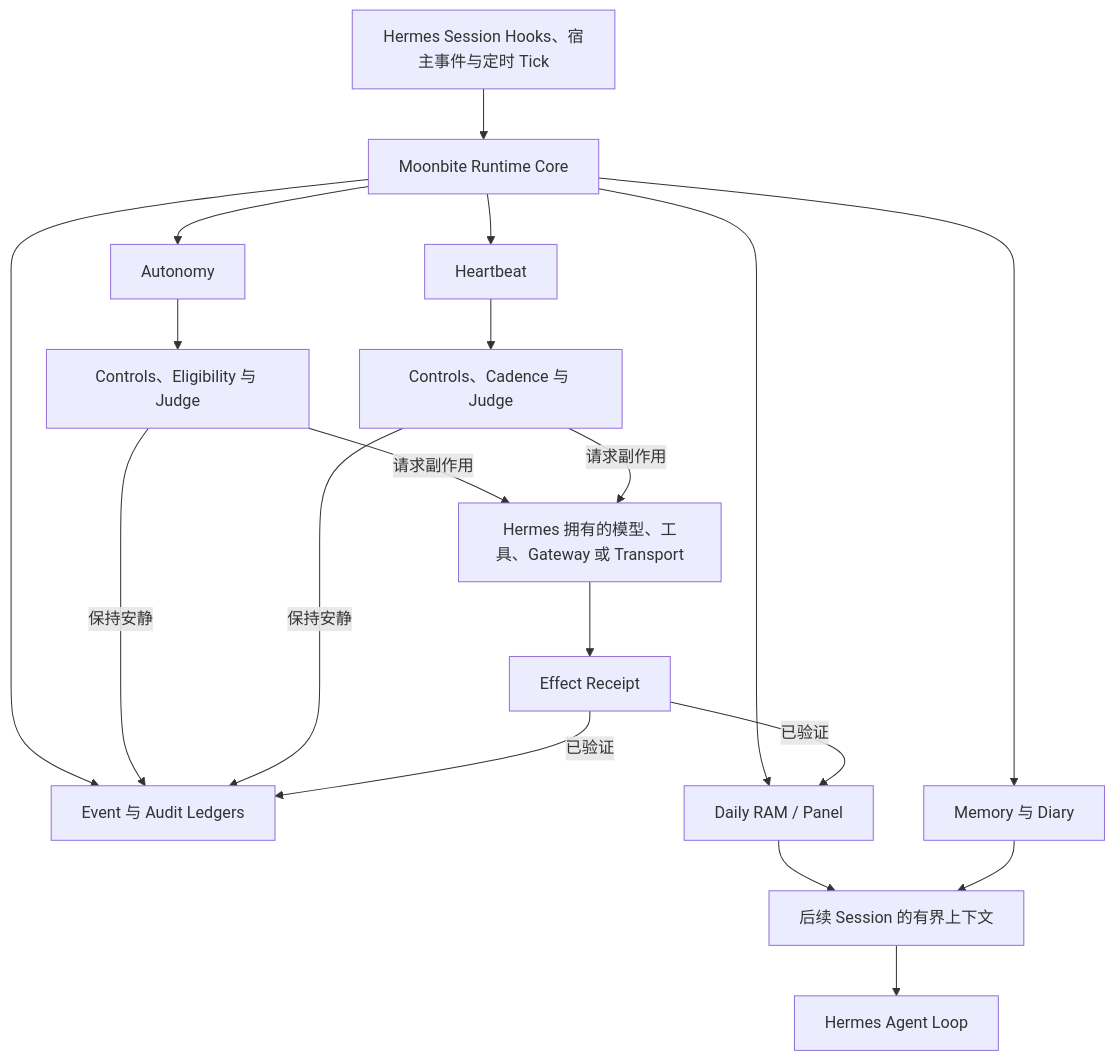
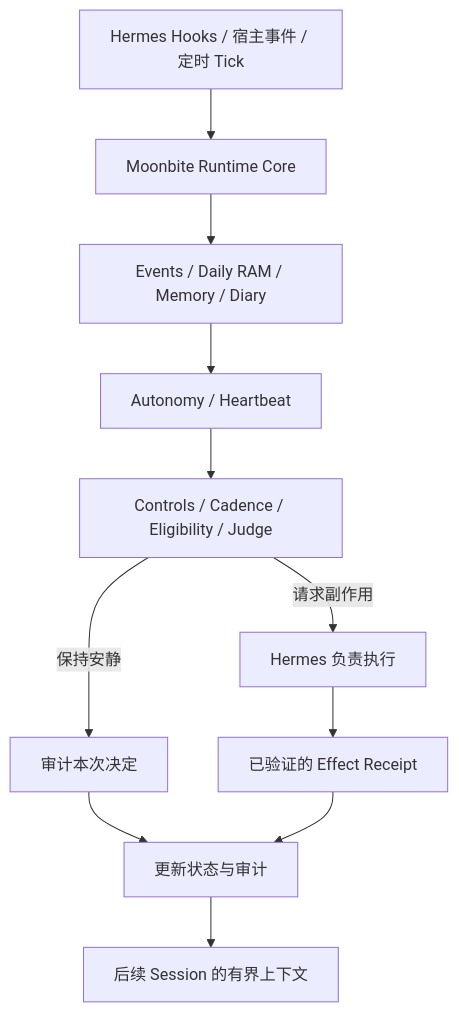
The diagram in README.zh-CN.md (beniedev/moonbite), drawn with Mermaid before and after one commit. The commit also changed other lines of this file and 1 other file, not shown here.

Commit message:
docs: simplify preview positioning and flow

````diff
--- a/README.zh-CN.md
+++ b/README.zh-CN.md
@@ -54,27 +54,13 @@
 ```mermaid
 flowchart TD
-    A[Hermes Session Hooks、宿主事件与定时 Tick] --> B[Moonbite Runtime Core]
-
-    B --> C[Event 与 Audit Ledgers]
-    B --> D[Daily RAM / Panel]
-    B --> E[Memory 与 Diary]
-    B --> F[Autonomy]
-    B --> G[Heartbeat]
-
-    F --> H[Controls、Eligibility 与 Judge]
-    G --> I[Controls、Cadence 与 Judge]
-
-    H -->|保持安静| C
-    I -->|保持安静| C
-
-    H -->|请求副作用| J[Hermes 拥有的模型、工具、Gateway 或 Transport]
-    I -->|请求副作用| J
-
-    J --> K[Effect Receipt]
-    K -->|已验证| C
-    K -->|已验证| D
-
-    D --> L[后续 Session 的有界上下文]
-    E --> L
-    L --> M[Hermes Agent Loop]
+    A[Hermes Hooks / 宿主事件 / 定时 Tick] --> B[Moonbite Runtime Core]
+    B --> C[Events / Daily RAM / Memory / Diary]
+    C --> D[Autonomy / Heartbeat]
+    D --> E[Controls / Cadence / Eligibility / Judge]
+    E -->|保持安静| F[审计本次决定]
+    E -->|请求副作用| G[Hermes 负责执行]
+    G --> H[已验证的 Effect Receipt]
+    F --> I[更新状态与审计]
+    H --> I
+    I --> J[后续 Session 的有界上下文]
 ```
````
